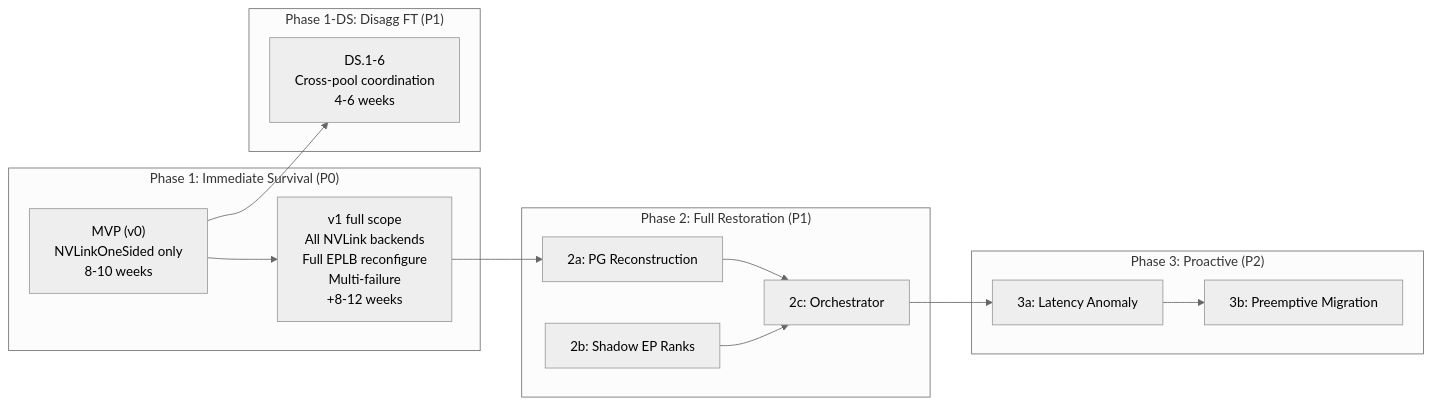
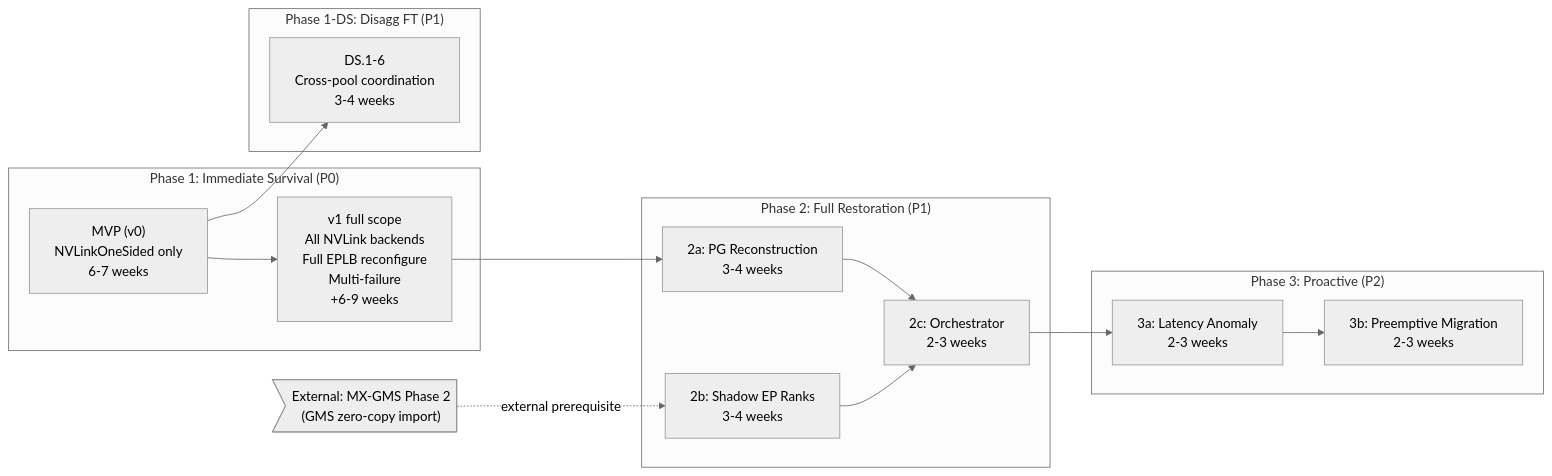
One commit to chienchunhung/TensorRT-LLM changed the first of 2 diagrams in docs/design/wide-ep-fault-tolerance/09-implementation-plan.md. Above: the diagram before and after it, drawn with Mermaid (neutral theme). The commit also changed other lines of this file and 1 other file, not shown here.

````diff
--- a/docs/design/wide-ep-fault-tolerance/09-implementation-plan.md
+++ b/docs/design/wide-ep-fault-tolerance/09-implementation-plan.md
@@ -7,30 +7,33 @@
 ```mermaid
 graph LR
+    MXGMS>"External: MX-GMS Phase 2<br/>(GMS zero-copy import)"]
+
     subgraph "Phase 1: Immediate Survival (P0)"
-        MVP["MVP (v0)<br/>NVLinkOneSided only<br/>8-10 weeks"]
-        P1V1["v1 full scope<br/>All NVLink backends<br/>Full EPLB reconfigure<br/>Multi-failure<br/>+8-12 weeks"]
+        MVP["MVP (v0)<br/>NVLinkOneSided only<br/>6-7 weeks"]
+        P1V1["v1 full scope<br/>All NVLink backends<br/>Full EPLB reconfigure<br/>Multi-failure<br/>+6-9 weeks"]
         MVP --> P1V1
     end
 
     subgraph "Phase 1-DS: Disagg FT (P1)"
-        DS["DS.1-6<br/>Cross-pool coordination<br/>4-6 weeks"]
+        DS["DS.1-6<br/>Cross-pool coordination<br/>3-4 weeks"]
     end
 
     subgraph "Phase 2: Full Restoration (P1)"
-        P2A["2a: PG Reconstruction"]
-        P2B["2b: Shadow EP Ranks"]
-        P2C["2c: Orchestrator"]
+        P2A["2a: PG Reconstruction<br/>3-4 weeks"]
+        P2B["2b: Shadow EP Ranks<br/>3-4 weeks"]
+        P2C["2c: Orchestrator<br/>2-3 weeks"]
         P2A --> P2C
         P2B --> P2C
     end
 
     subgraph "Phase 3: Proactive (P2)"
-        P3A["3a: Latency Anomaly"]
-        P3B["3b: Preemptive Migration"]
+        P3A["3a: Latency Anomaly<br/>2-3 weeks"]
+        P3B["3b: Preemptive Migration<br/>2-3 weeks"]
         P3A --> P3B
     end
 
     MVP --> DS
     P1V1 --> P2A
+    MXGMS -.->|external prerequisite| P2B
     P2C --> P3A
 ```
````
